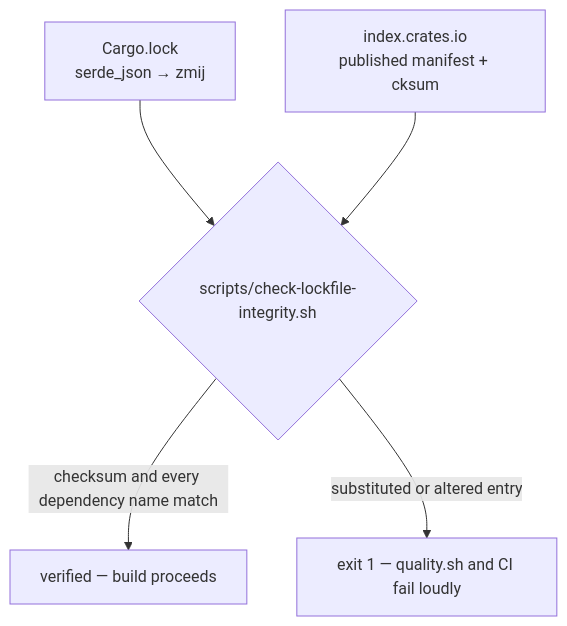
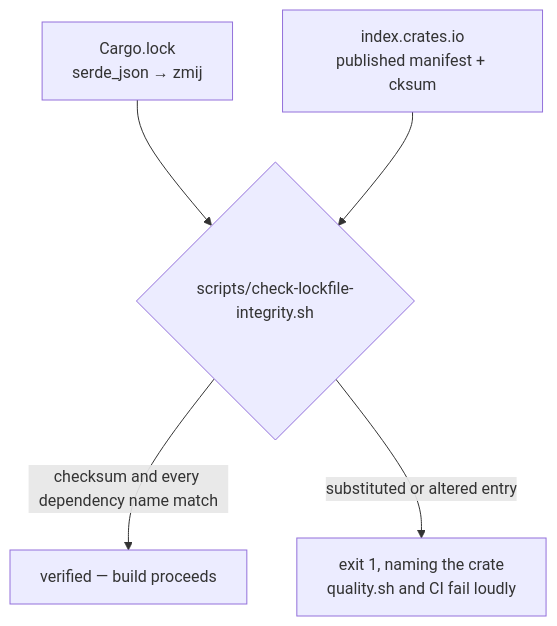
One commit to stSoftwareAU/NEAT-AI-Backpropagation changed the diagram in docs/audit/issue-148-serde-json-zmij-dependency.md. Above: the diagram before and after it, drawn with Mermaid. The commit also changed other lines of this file and 6 other files, not shown here.

````diff
--- a/docs/audit/issue-148-serde-json-zmij-dependency.md
+++ b/docs/audit/issue-148-serde-json-zmij-dependency.md
@@ -44,7 +47,7 @@
 ```mermaid
 flowchart TD
     A["Cargo.lock<br/>serde_json → zmij"] --> B{"scripts/check-lockfile-integrity.sh"}
     C["index.crates.io<br/>published manifest + cksum"] --> B
     B -->|"checksum and every dependency name match"| D["verified — build proceeds"]
-    B -->|"substituted or altered entry"| E["exit 1 — quality.sh and CI fail loudly"]
+    B -->|"substituted or altered entry"| E["exit 1, naming the crate<br/>quality.sh and CI fail loudly"]
 ```
````
